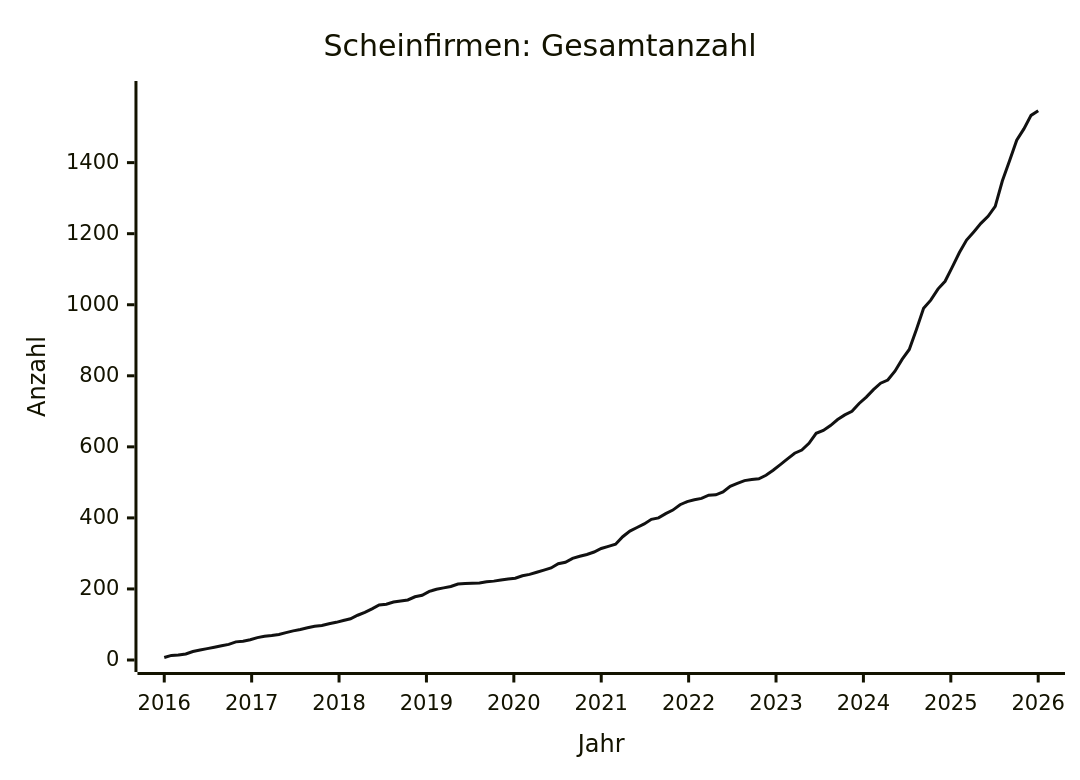
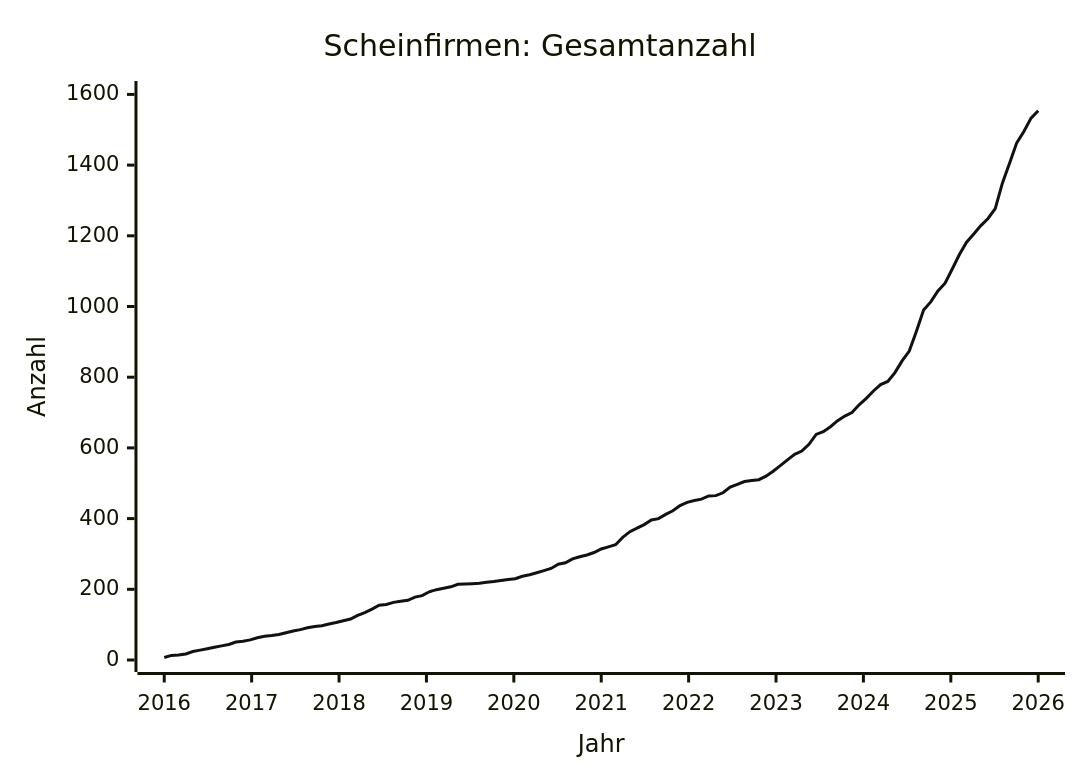
The diagram in data/STATS.md (arjoma/scheinfirmen-at), drawn with Mermaid before and after one commit. The commit also changed other lines of this file and 3 other files, not shown here.

````diff
--- a/data/STATS.md
+++ b/data/STATS.md
@@ -9,13 +9,13 @@
 ```mermaid
 ---
 config:
   themeVariables:
     xyChart:
       plotColorPalette: "#111111"
 ---
 xychart-beta
     title "Scheinfirmen: Gesamtanzahl"
     x-axis "Jahr" 2016 --> 2026
-    y-axis "Anzahl" 0 --> 1596
-    line [7, 13, 14, 17, 24, 28, 32, 36, 40, 44, 51, 53, 57, 63, 67, 69, 72, 77, 82, 86, 91, 95, 97, 102, 106, 111, 116, 126, 134, 144, 155, 157, 163, 166, 169, 178, 182, 193, 199, 203, 207, 214, 215, 216, 217, 220, 222, 225, 228, 230, 237, 241, 247, 253, 259, 271, 275, 286, 292, 297, 304, 314, 320, 326, 347, 363, 373, 383, 396, 400, 412, 422, 437, 446, 451, 455, 464, 465, 473, 489, 497, 505, 508, 510, 520, 534, 550, 566, 582, 591, 610, 638, 646, 660, 677, 690, 700, 722, 740, 761, 779, 788, 813, 846, 874, 930, 990, 1013, 1044, 1066, 1106, 1147, 1182, 1205, 1229, 1249, 1277, 1349, 1405, 1463, 1495, 1533, 1546]
+    y-axis "Anzahl" 0 --> 1604
+    line [7, 13, 14, 17, 24, 28, 32, 36, 40, 44, 51, 53, 57, 63, 67, 69, 72, 77, 82, 86, 91, 95, 97, 102, 106, 111, 116, 126, 134, 144, 155, 157, 163, 166, 169, 178, 182, 193, 199, 203, 207, 214, 215, 216, 217, 220, 222, 225, 228, 230, 237, 241, 247, 253, 259, 271, 275, 286, 292, 297, 304, 314, 320, 326, 347, 363, 373, 383, 396, 400, 412, 422, 437, 446, 451, 455, 464, 465, 473, 489, 497, 505, 508, 510, 520, 534, 550, 566, 582, 591, 610, 638, 646, 660, 677, 690, 700, 722, 740, 761, 779, 788, 813, 846, 874, 930, 990, 1013, 1044, 1066, 1106, 1147, 1182, 1205, 1229, 1249, 1277, 1349, 1405, 1463, 1495, 1533, 1554]
 ```
````
